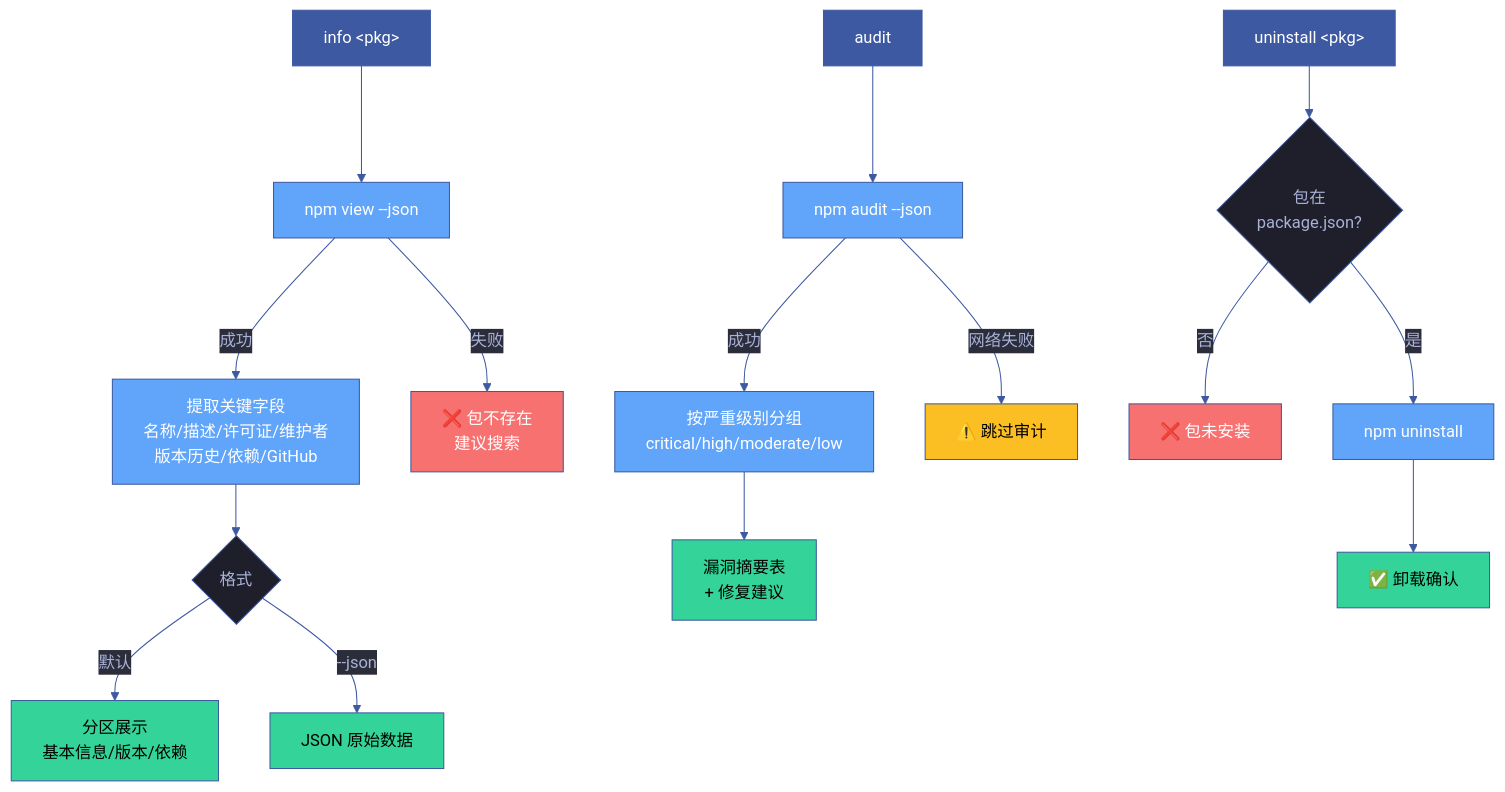
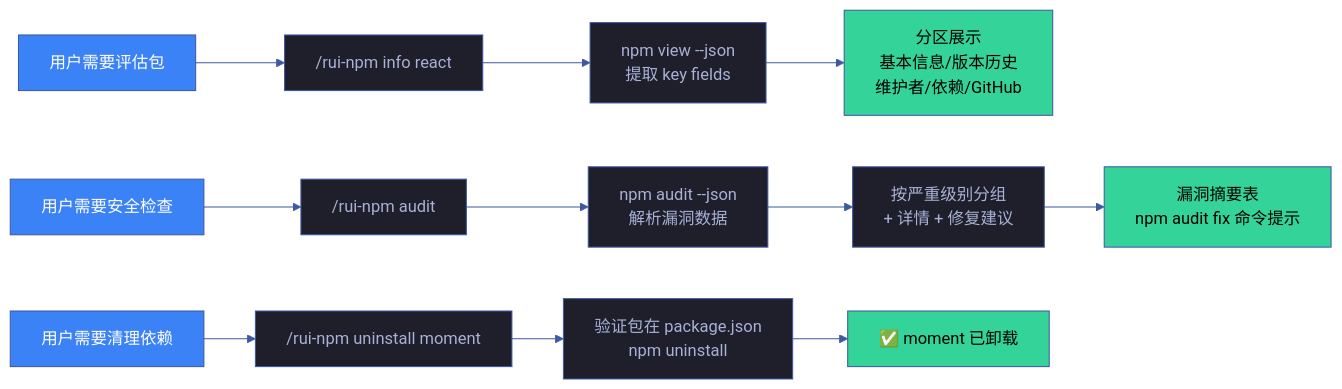
The first of 3 diagrams in docs/故事任务面板/rui-npm/场景-4-包信息审计与卸载/场景-4-包信息审计与卸载.md (effiy/YrY), drawn with Mermaid before and after one commit. The commit also changed other lines of this file and 49 other files, not shown here.

````diff
--- a/docs/故事任务面板/rui-npm/场景-4-包信息审计与卸载/场景-4-包信息审计与卸载.md
+++ b/docs/故事任务面板/rui-npm/场景-4-包信息审计与卸载/场景-4-包信息审计与卸载.md
@@ -9,33 +37,26 @@
 ```mermaid
 %%{init: {'theme': 'base', 'themeVariables': {
   'primaryColor': '#1e1f2b',
   'primaryTextColor': '#a9b1d6',
   'primaryBorderColor': '#3d59a1',
   'lineColor': '#3d59a1',
   'secondaryColor': '#2b2d3b',
   'tertiaryColor': '#21232f'
 }}}%%
-flowchart TD
-    INFO["info &lt;pkg&gt;"]:::src --> NPM_VIEW["npm view --json"]:::action
-    NPM_VIEW -->|"成功"| EXTRACT["提取关键字段<br/>名称/描述/许可证/维护者<br/>版本历史/依赖/GitHub"]:::action
-    EXTRACT --> FORMAT{"格式"}
-    FORMAT -->|"默认"| TABLE_OUT["分区展示<br/>基本信息/版本/依赖"]:::out
-    FORMAT -->|"--json"| JSON_OUT["JSON 原始数据"]:::out
-    NPM_VIEW -->|"失败"| ERR1["❌ 包不存在<br/>建议搜索"]:::error
+flowchart LR
+    Q1["用户需要评估包"]:::user --> I1["/rui-npm info react"]
+    I1 --> I2["npm view --json<br/>提取 key fields"]
+    I2 --> R1["分区展示<br/>基本信息/版本历史<br/>维护者/依赖/GitHub"]:::done
 
-    AUDIT["audit"]:::src --> NPM_AUDIT["npm audit --json"]:::action
-    NPM_AUDIT -->|"成功"| GROUP["按严重级别分组<br/>critical/high/moderate/low"]:::action
-    GROUP --> AUDIT_OUT["漏洞摘要表<br/>+ 修复建议"]:::out
-    NPM_AUDIT -->|"网络失败"| ERR2["⚠️ 跳过审计"]:::warn
+    Q2["用户需要安全检查"]:::user --> A1["/rui-npm audit"]
+    A1 --> A2["npm audit --json<br/>解析漏洞数据"]
+    A2 --> A3["按严重级别分组<br/>+ 详情 + 修复建议"]
+    A3 --> R2["漏洞摘要表<br/>npm audit fix 命令提示"]:::done
 
-    UNINSTALL["uninstall &lt;pkg&gt;"]:::src --> CHECK_DEP{"包在<br/>package.json?"}
-    CHECK_DEP -->|"否"| ERR3["❌ 包未安装"]:::error
-    CHECK_DEP -->|"是"| NPM_RM["npm uninstall"]:::action
-    NPM_RM --> RM_OUT["✅ 卸载确认"]:::out
+    Q3["用户需要清理依赖"]:::user --> U1["/rui-npm uninstall moment"]
+    U1 --> U2["验证包在 package.json<br/>npm uninstall"]
+    U2 --> R3["✅ moment 已卸载"]:::done
 
-    classDef src fill:#3d59a1,color:#fff
-    classDef action fill:#60a5fa,color:#fff
-    classDef out fill:#34d399,color:#000
-    classDef error fill:#f87171,color:#fff
-    classDef warn fill:#fbbf24,color:#000
+    classDef user fill:#3B82F6,color:#fff
+    classDef done fill:#34d399,color:#000
 ```
````
